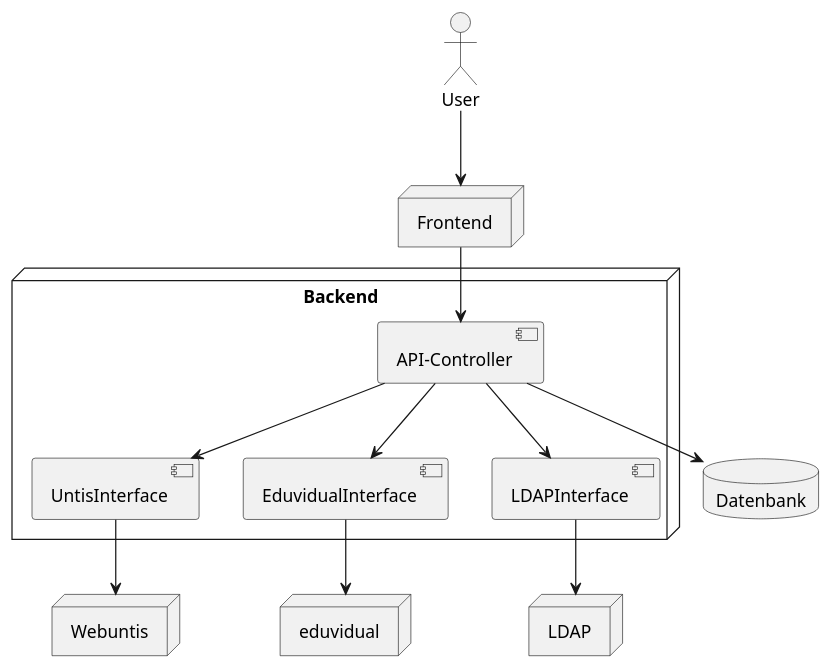
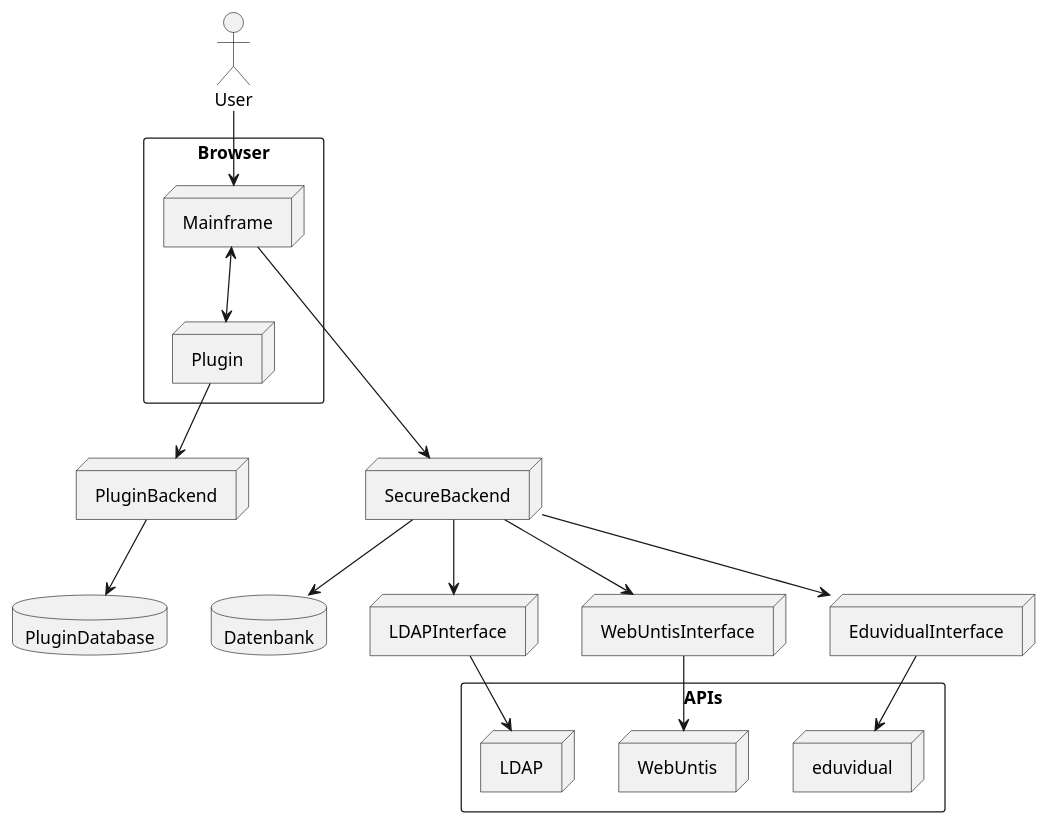
Before and after one commit to synopsis-archive/core: the diagram in diagrams/architecture.puml, drawn with PlantUML.

Commit message:
Update architecture diagram

```diff
--- a/diagrams/architecture.puml
+++ b/diagrams/architecture.puml
@@ -1,35 +1,39 @@
 @startuml
-
 actor User
 
-node Frontend
-
-node Backend {
-    component api [
-        API-Controller
-    ]
-
-    component UntisInterface
-    component EduvidualInterface
-    component LDAPInterface
+rectangle Browser {
+   node Mainframe
+   node Plugin
 }
 
 database db [
     Datenbank
 ]
 
-node LDAP
-node Webuntis
-node eduvidual
+node PluginBackend
+database PluginDatabase
+node SecureBackend
+node LDAPInterface
+node WebUntisInterface
+node EduvidualInterface
 
-User --> Frontend
-Frontend --> api
-api --> UntisInterface
-api --> EduvidualInterface
-api --> LDAPInterface
-UntisInterface --> Webuntis
-EduvidualInterface --> eduvidual
-LDAPInterface --> LDAP
-api --> db
 
+rectangle APIs {
+   node LDAP
+   node WebUntis
+   node eduvidual
+}
+
+User--> Mainframe
+Mainframe---> SecureBackend
+Mainframe<--> Plugin
+Plugin --> PluginBackend
+PluginBackend --> PluginDatabase
+SecureBackend--> WebUntisInterface
+WebUntisInterface--> WebUntis
+SecureBackend--> EduvidualInterface
+EduvidualInterface--> eduvidual
+SecureBackend--> LDAPInterface
+LDAPInterface--> LDAP
+SecureBackend--> db
 @enduml
```
